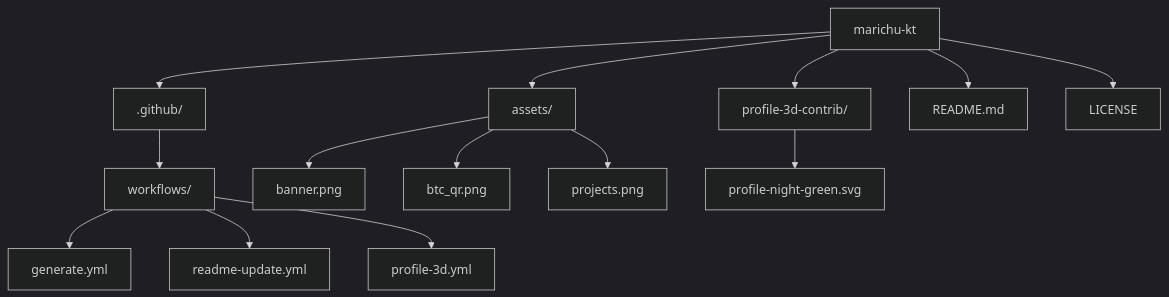
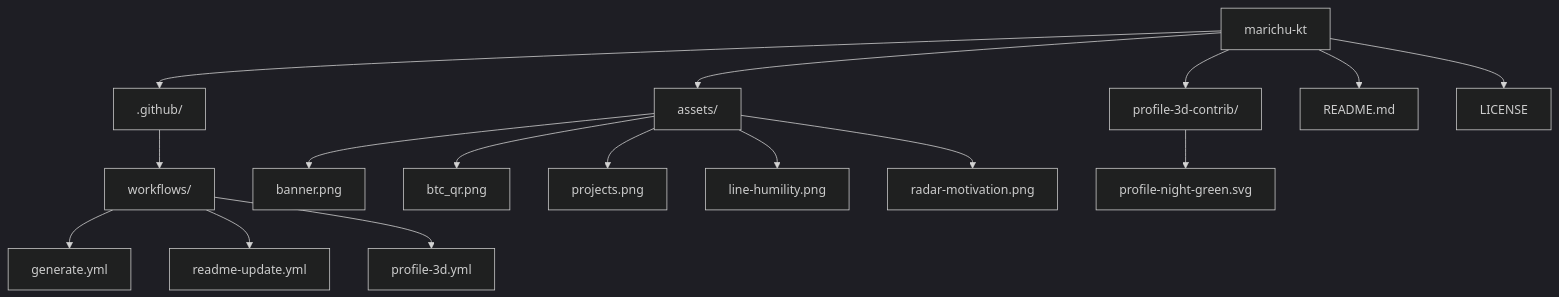
Before and after one commit to marichu-kt/marichu-kt: the diagram in README.md, drawn with Mermaid (dark theme).

````diff
--- a/README.md
+++ b/README.md
@@ -126,19 +126,21 @@
 ```mermaid
 graph TD
   A[marichu-kt] --> B[.github/]
   B --> C[workflows/]
   C --> D[generate.yml]
   C --> K[readme-update.yml]
   C --> L[profile-3d.yml]
 
   A --> E[assets/]
   E --> F[banner.png]
   E --> I[btc_qr.png]
   E --> J[projects.png]
+  E --> N[line-humility.png]
+  E --> O[radar-motivation.png]
 
   A --> M[profile-3d-contrib/]
   M --> M1[profile-night-green.svg]
 
   A --> G[README.md]
   A --> H[LICENSE]
 ```
````
